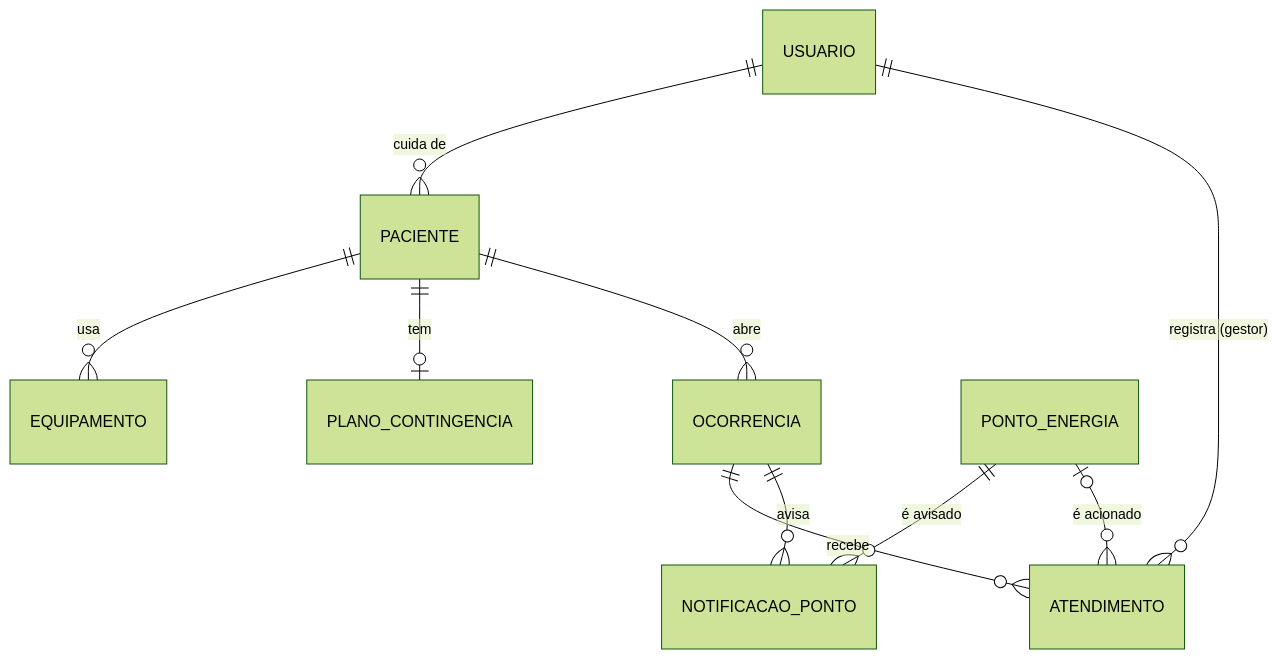
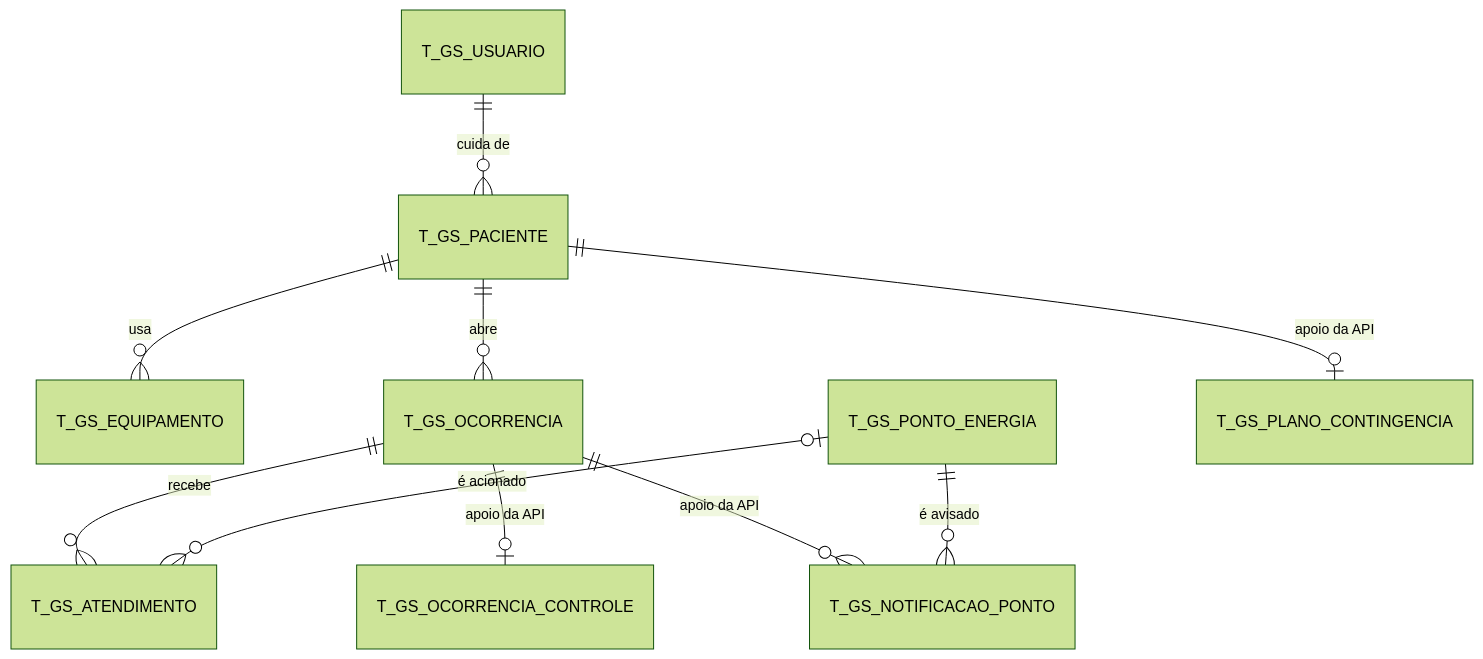
The second of 2 diagrams in README.md (GabrielRobertoni/GlobalSolution-LuzVital-JavaAdvanced), drawn with Mermaid (forest theme) before and after one commit. The commit also changed other lines of this file, not shown here.

````diff
--- a/README.md
+++ b/README.md
@@ -77,12 +115,12 @@
 ```mermaid
 erDiagram
-    USUARIO ||--o{ PACIENTE : "cuida de"
-    PACIENTE ||--o{ EQUIPAMENTO : "usa"
-    PACIENTE ||--o| PLANO_CONTINGENCIA : "tem"
-    PACIENTE ||--o{ OCORRENCIA : "abre"
-    OCORRENCIA ||--o{ ATENDIMENTO : "recebe"
-    OCORRENCIA ||--o{ NOTIFICACAO_PONTO : "avisa"
-    PONTO_ENERGIA ||--o{ NOTIFICACAO_PONTO : "é avisado"
-    PONTO_ENERGIA |o--o{ ATENDIMENTO : "é acionado"
-    USUARIO ||--o{ ATENDIMENTO : "registra (gestor)"
+    T_GS_USUARIO ||--o{ T_GS_PACIENTE : "cuida de"
+    T_GS_PACIENTE ||--o{ T_GS_EQUIPAMENTO : "usa"
+    T_GS_PACIENTE ||--o{ T_GS_OCORRENCIA : "abre"
+    T_GS_OCORRENCIA ||--o{ T_GS_ATENDIMENTO : "recebe"
+    T_GS_PONTO_ENERGIA |o--o{ T_GS_ATENDIMENTO : "é acionado"
+    T_GS_OCORRENCIA ||--o| T_GS_OCORRENCIA_CONTROLE : "apoio da API"
+    T_GS_OCORRENCIA ||--o{ T_GS_NOTIFICACAO_PONTO : "apoio da API"
+    T_GS_PONTO_ENERGIA ||--o{ T_GS_NOTIFICACAO_PONTO : "é avisado"
+    T_GS_PACIENTE ||--o| T_GS_PLANO_CONTINGENCIA : "apoio da API"
 ```
````
